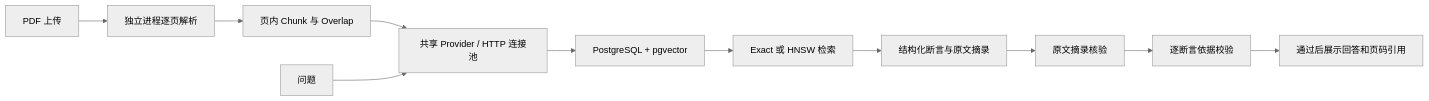
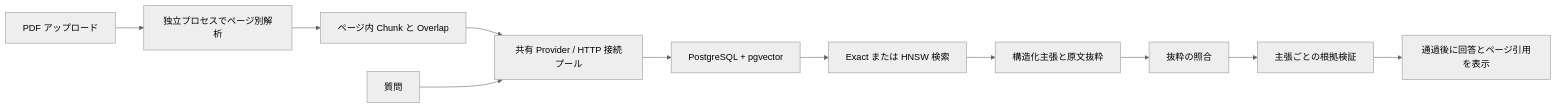
Before and after one commit to Twergu/My-portfolio: the diagram in docs/architecture.md, drawn with Mermaid (neutral theme). The commit also changed other lines of this file and 100 other files, not shown here.

````diff
--- a/docs/architecture.md
+++ b/docs/architecture.md
@@ -5,13 +5,13 @@
 ```mermaid
 flowchart LR
-  PDF[PDF 上传] --> Parse[独立进程逐页解析]
-  Parse --> Chunk[页内 Chunk 与 Overlap]
-  Chunk --> Provider[共享 Provider / HTTP 连接池]
+  PDF[PDF アップロード] --> Parse[独立プロセスでページ別解析]
+  Parse --> Chunk[ページ内 Chunk と Overlap]
+  Chunk --> Provider[共有 Provider / HTTP 接続プール]
   Provider --> Store[PostgreSQL + pgvector]
-  Q[问题] --> Provider
-  Store --> Search[Exact 或 HNSW 检索]
-  Search --> Generate[结构化断言与原文摘录]
-  Generate --> Quote[原文摘录核验]
-  Quote --> Judge[逐断言依据校验]
-  Judge --> Reply[通过后展示回答和页码引用]
+  Q[質問] --> Provider
+  Store --> Search[Exact または HNSW 検索]
+  Search --> Generate[構造化主張と原文抜粋]
+  Generate --> Quote[抜粋の照合]
+  Quote --> Judge[主張ごとの根拠検証]
+  Judge --> Reply[通過後に回答とページ引用を表示]
 ```
````
